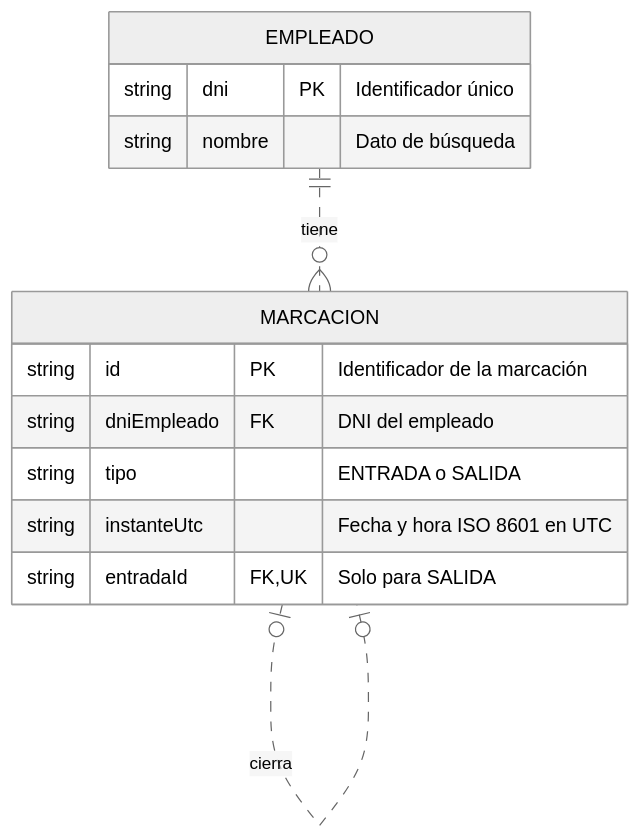
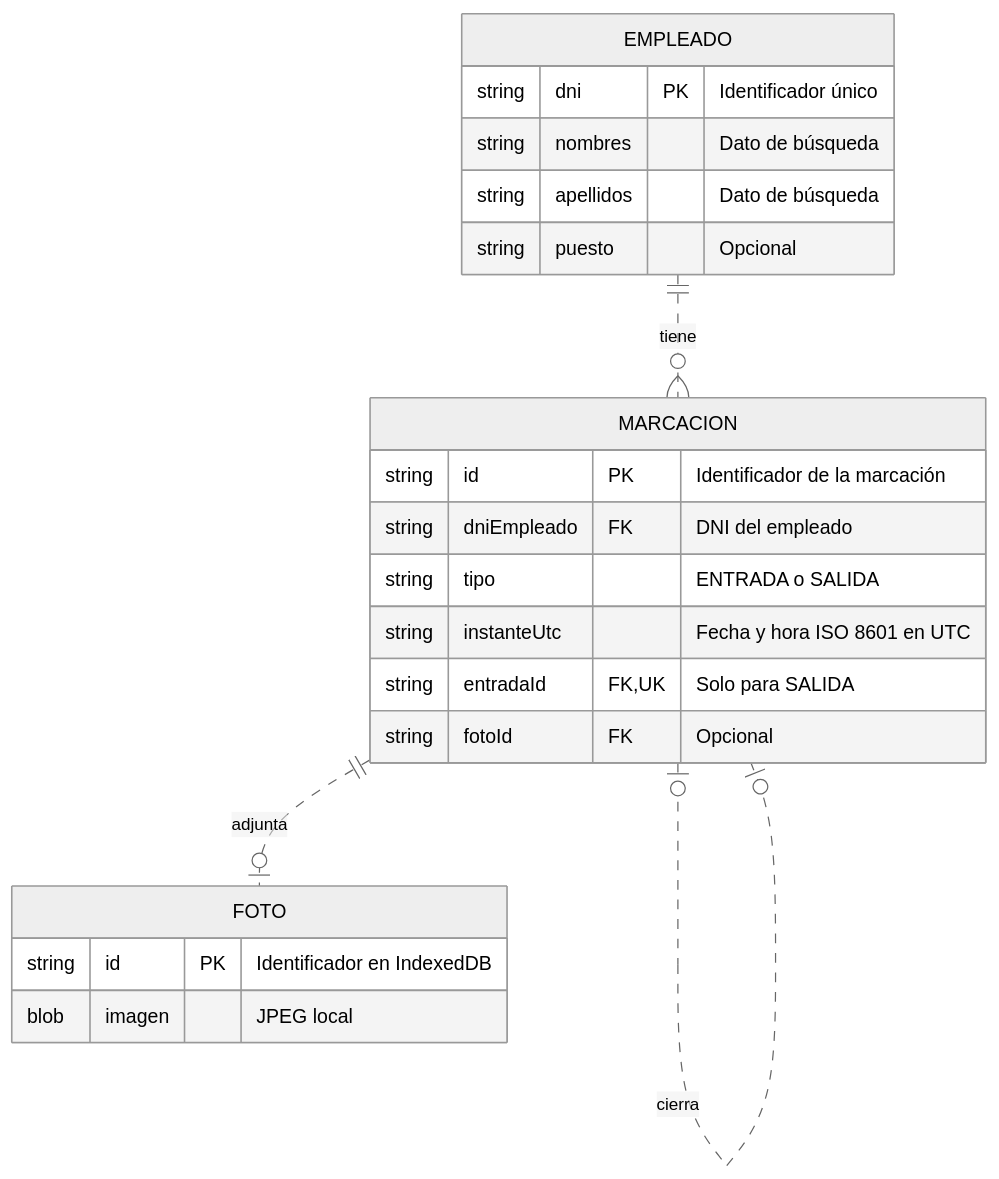
The diagram in docs/05-Datos/Diagrama-modelo-datos.md (steveespinoza/Registro-de-Asistencia), drawn with Mermaid (neutral theme) before and after one commit. The commit also changed other lines of this file and 37 other files, not shown here.

Commit message:
Integra búsqueda y foto opcional en las marcaciones

````diff
--- a/docs/05-Datos/Diagrama-modelo-datos.md
+++ b/docs/05-Datos/Diagrama-modelo-datos.md
@@ -5,18 +5,27 @@
 ```mermaid
 erDiagram
     EMPLEADO ||..o{ MARCACION : tiene
     MARCACION |o..o| MARCACION : cierra
+    MARCACION ||..o| FOTO : adjunta
 
     EMPLEADO {
         string dni PK "Identificador único"
-        string nombre "Dato de búsqueda"
+        string nombres "Dato de búsqueda"
+        string apellidos "Dato de búsqueda"
+        string puesto "Opcional"
     }
 
     MARCACION {
         string id PK "Identificador de la marcación"
         string dniEmpleado FK "DNI del empleado"
         string tipo "ENTRADA o SALIDA"
         string instanteUtc "Fecha y hora ISO 8601 en UTC"
         string entradaId FK, UK "Solo para SALIDA"
+        string fotoId FK "Opcional"
+    }
+
+    FOTO {
+        string id PK "Identificador en IndexedDB"
+        blob imagen "JPEG local"
     }
 ```
````
